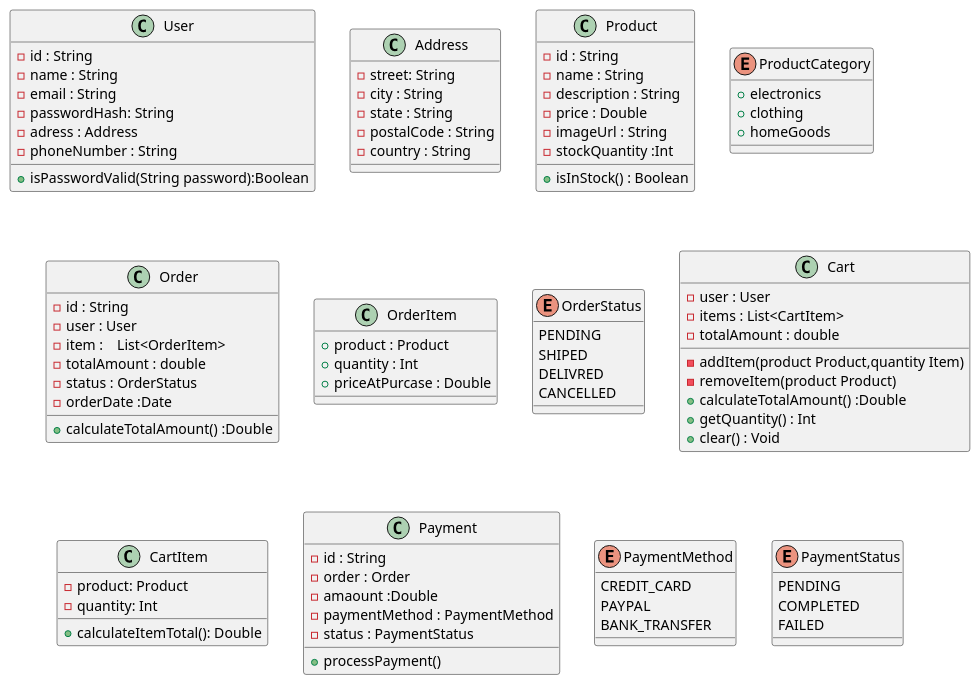
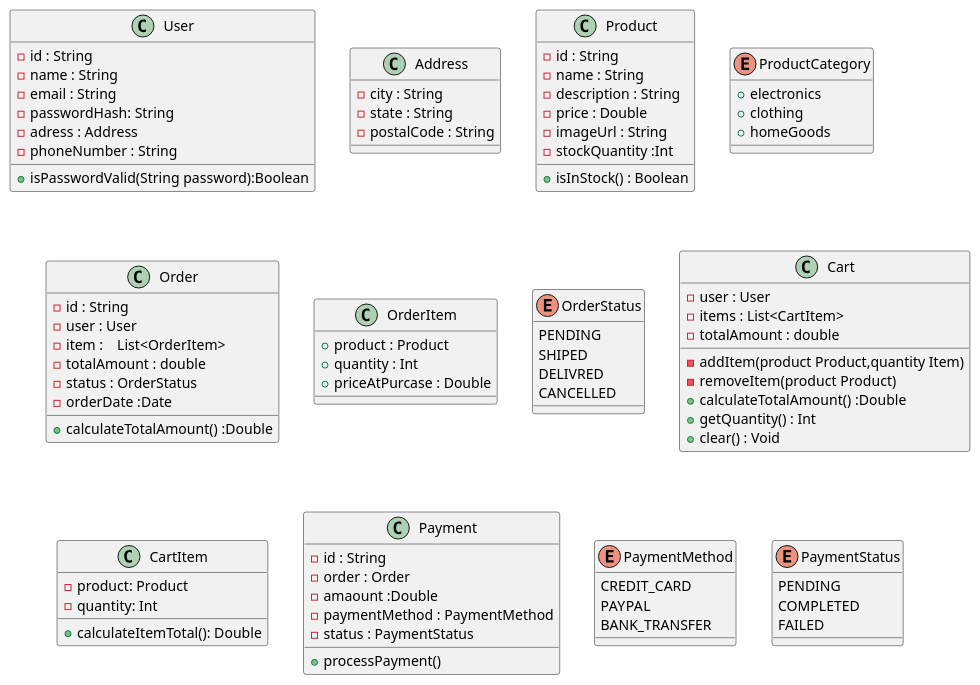
Before and after one commit to Shochan0713/UrbanStore: the diagram in urbanstore/design/model/urbanstore.pu, drawn with PlantUML. The commit also changed 14 other files, not shown here.

```diff
--- a/urbanstore/design/model/urbanstore.pu
+++ b/urbanstore/design/model/urbanstore.pu
@@ -1,199 +1,195 @@
 @startuml urbanstore
 ' ----------
 ' Model
 ' ----------
 ' ----------
 ' ユーザー関連クラス
 ' ----------
 ' ----------
 ' ユーザークラス
 ' ----------
 class User {
     ' ユーザーID
     - id : String
     ' ユーザー名
     - name : String
     ' メールアドレス
     - email : String
     ' ハッシュ化されたメールアドレス
     - passwordHash: String
     ' ユーザーの住所情報
     - adress : Address
     ' 電話番号
     - phoneNumber : String
     ' パスワードのベリデータション
     + isPasswordValid(String password):Boolean
 }
 ' ----------
 ' アドレスクラス
 ' ----------
 class Address {
-    ' 通り名
-    - street: String
     ' 市区町村名
     - city : String
     ' 都道府県
     - state : String
     ' 郵便番号
     - postalCode : String
-    ' 国
-    - country : String
 }
 ' ----------
 ' 商品関連クラス
 ' ----------
 ' ----------
 ' Product
 ' ----------
 class Product {
     ' 商品ID
     - id : String
     ' 商品名
     - name : String
     ' 商品の説明
     - description : String
     ' 商品の価格
     - price : Double
     ' 商品画像のURL
     - imageUrl : String
     ' 商品カテゴリ
     - stockQuantity :Int
     ' 在庫チェック
     + isInStock() : Boolean
 }
 ' ----------
 ' 商品カテゴリ Enum
 ' ----------
 enum ProductCategory {
     ' 電化製品
     + electronics
     ' 服
     + clothing
     ' 家庭用品
     + homeGoods
 }
 ' ----------
 ' 注文関連クラス
 ' ----------
 ' ----------
 ' 注文に関する情報クラス
 ' ----------
 class Order {
     ' 注文ID
     - id : String
     ' 注文を行ったユーザー
     - user : User
     ' 注文商品リスト
     - item :　List<OrderItem>
     ' 注文の総額
     - totalAmount : double
     ' 注文ステータス
     - status : OrderStatus
     ' 注文日
     - orderDate :Date
     ' 総額計算メソッド
     + calculateTotalAmount() :Double
 }
 ' ----------
 ' 注文内の各商品を表すクラス
 ' ----------
 class OrderItem{
     ' 注文した商品
     + product : Product
     ' 注文数量
     + quantity : Int
     ' 購入時の価格
     + priceAtPurcase : Double
 }
 ' ----------
 ' 注文の状態を表すEnum
 ' ----------
 enum OrderStatus {
     ' 処理中
     PENDING
     ' 発送済み
     SHIPED
     ' 配送済み
     DELIVRED
     ' キャンセル済み
     CANCELLED
 }
 ' ----------
 ' カード関連クラス
 ' ----------
 ' ----------
 ' カード情報を表すクラス
 ' ----------
 class Cart {
     ' カードの所有者
     - user : User
     ' カート内の商品リスト
     - items : List<CartItem>
     ' カード内の商品総額
     - totalAmount : double
     ' 商品をカードに追加する
     - addItem(product Product,quantity Item)
     ' カードから商品を削除する
     - removeItem(product Product)
     ' カート内の総額を計算する
     + calculateTotalAmount() :Double
     ' 商品がカートに存在しない場合は0を返す
     + getQuantity() : Int
     ' カートのアイテムをクリア
     + clear() : Void
 
 }
 ' ----------
 ' カート内の各商品を表すクラス。
 ' ----------
 class CartItem {
     ' カートに入れた商品
     - product: Product
     ' 数量
     - quantity: Int
     ' 商品ごとの総額を計算する
     + calculateItemTotal(): Double
 }
 ' ----------
 ' その他クラス
 ' ----------
 class Payment {
     ' 支払いID
     - id : String
     ' 対象の注文
     - order : Order
     ' 支払い金額
     - amaount :Double
     ' 支払い方法
     - paymentMethod : PaymentMethod
     ' 支払いステータス
     - status : PaymentStatus
     ' 支払い処理を行う
     + processPayment()
 }
 ' ----------
 ' 注文詳細表示画面
 ' ----------
 enum PaymentMethod {
     ' クレジットカード
     CREDIT_CARD
     ' Paypal
     PAYPAL
     ' 銀行振込
     BANK_TRANSFER
 
 }
 ' ----------
 ' 注文詳細表示画面
 ' ----------
 enum PaymentStatus {
     ' 支払い待ち
     PENDING
     ' 支払い完了
     COMPLETED
     ' 支払い失敗
     FAILED
 
 }
 
 @enduml
```
